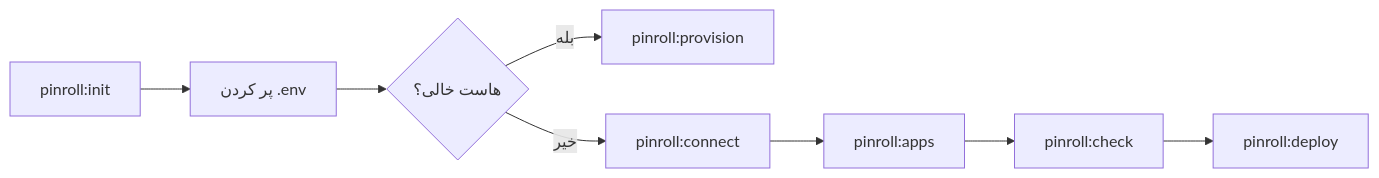
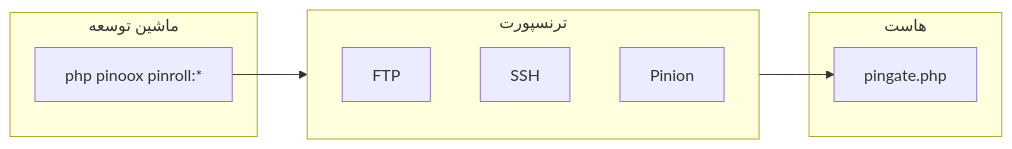
The first of 2 diagrams in fa/deploy/pinroll.md (pinoox/docs), drawn with Mermaid before and after one commit. The commit also changed other lines of this file and 9 other files, not shown here.

````diff
--- a/fa/deploy/pinroll.md
+++ b/fa/deploy/pinroll.md
@@ -40,10 +140,15 @@
 ```mermaid
 flowchart LR
-    A[pinroll:init] --> B[پر کردن .env]
-    B --> C{هاست خالی؟}
-    C -->|بله| D[pinroll:provision]
-    C -->|خیر| E[pinroll:connect]
-    E --> F[pinroll:apps]
-    F --> G[pinroll:check]
-    G --> H[pinroll:deploy]
+    subgraph dev [ماشین توسعه]
+        CLI["php pinoox pinroll:*"]
+    end
+    subgraph transport [ترنسپورت]
+        FTP[FTP]
+        SSH[SSH]
+        Pinion[Pinion]
+    end
+    subgraph remote [هاست]
+        Gate[pingate.php]
+    end
+    CLI --> transport --> Gate
 ```
````
